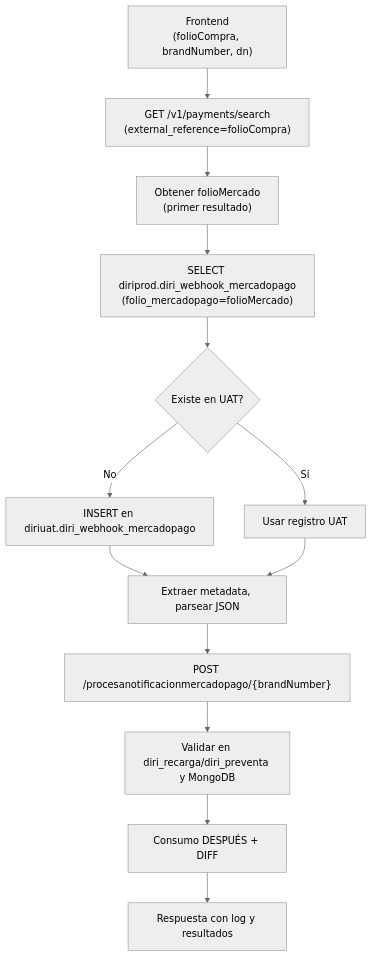
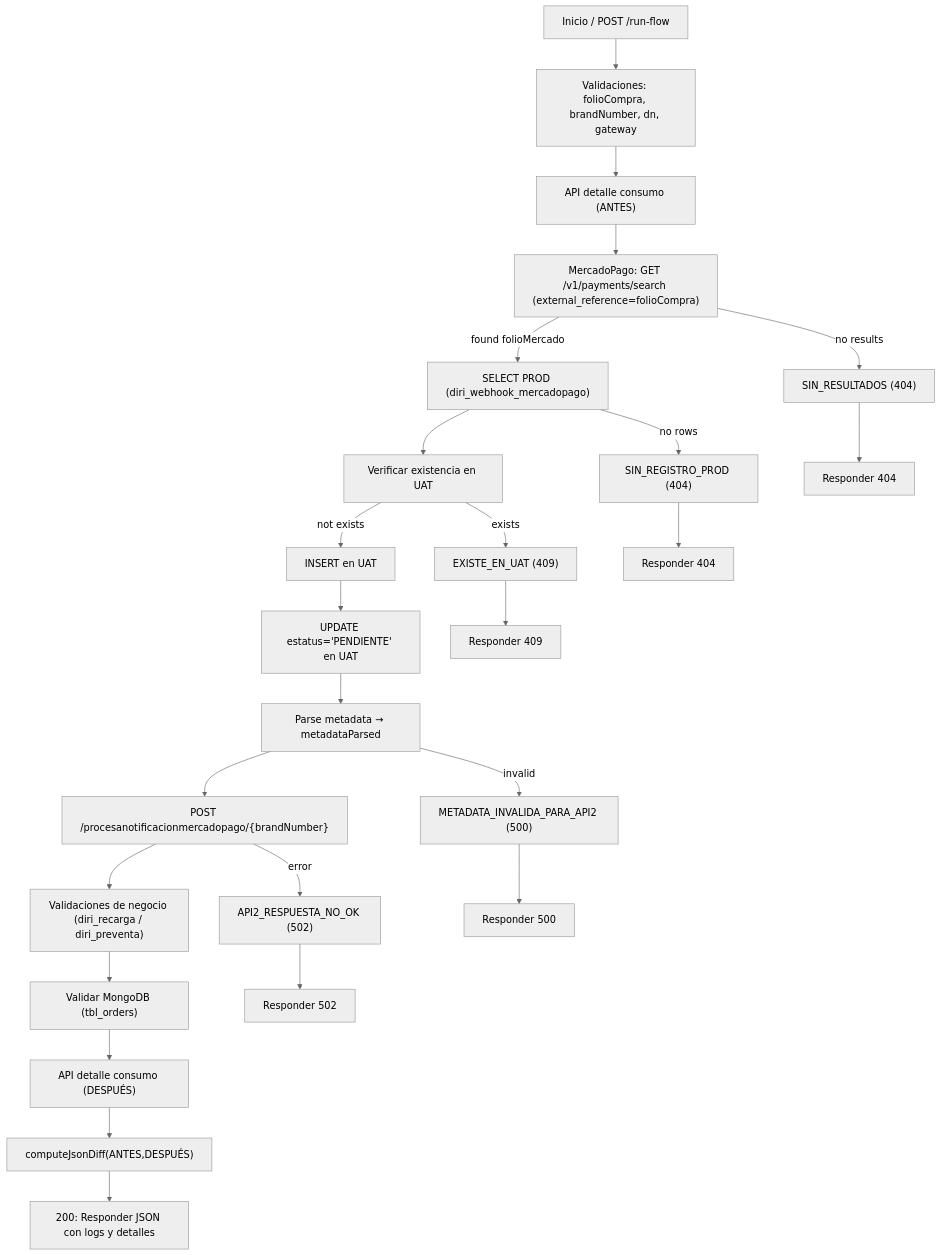
One commit to EdgarViOl/QA_Diri changed the first of 6 diagrams in README.md. Above: the diagram before and after it, drawn with Mermaid (neutral theme). The commit also changed other lines of this file and 7 other files, not shown here.

````diff
--- a/README.md
+++ b/README.md
@@ -78,15 +97,27 @@
 ```mermaid
 flowchart TD
-  A["Frontend<br/>(folioCompra, brandNumber, dn)"] --> B["GET /v1/payments/search<br/>(external_reference=folioCompra)"]
-  B --> C["Obtener folioMercado<br/>(primer resultado)"]
-  C --> D["SELECT diriprod.diri_webhook_mercadopago<br/>(folio_mercadopago=folioMercado)"]
-  D --> E{Existe en UAT?}
-  E -->|No| F["INSERT en diriuat.diri_webhook_mercadopago"]
-  E -->|Sí| G["Usar registro UAT"]
-  F --> H["Extraer metadata, parsear JSON"]
-  G --> H
-  H --> I["POST /procesanotificacionmercadopago/{brandNumber}"]
-  I --> J["Validar en diri_recarga/diri_preventa y MongoDB"]
-  J --> K["Consumo DESPUÉS + DIFF"]
-  K --> L["Respuesta con log y resultados"]
+  Start["Inicio / POST /run-flow"] --> Validaciones["Validaciones: folioCompra, brandNumber, dn, gateway"]
+  Validaciones --> ConsumoAntes["API detalle consumo (ANTES)"]
+  ConsumoAntes --> MPsearch["MercadoPago: GET /v1/payments/search (external_reference=folioCompra)"]
+  MPsearch -->|no results| NoResults["SIN_RESULTADOS (404)"]
+  MPsearch -->|found folioMercado| ConsultaProd["SELECT PROD (diri_webhook_mercadopago)"]
+  ConsultaProd -->|no rows| NoProd["SIN_REGISTRO_PROD (404)"]
+  ConsultaProd --> VerificarUat["Verificar existencia en UAT"]
+  VerificarUat -->|exists| ExisteUat["EXISTE_EN_UAT (409)"]
+  VerificarUat -->|not exists| InsertUat["INSERT en UAT"]
+  InsertUat --> UpdateUat["UPDATE estatus='PENDIENTE' en UAT"]
+  UpdateUat --> ParseMetadata["Parse metadata → metadataParsed"]
+  ParseMetadata -->|invalid| MetadataInvalid["METADATA_INVALIDA_PARA_API2 (500)"]
+  ParseMetadata --> CallAPI["POST /procesanotificacionmercadopago/{brandNumber}"]
+  CallAPI -->|error| ApiError["API2_RESPUESTA_NO_OK (502)"]
+  CallAPI --> ValidacionesNegocio["Validaciones de negocio (diri_recarga / diri_preventa)"]
+  ValidacionesNegocio --> MongoVal["Validar MongoDB (tbl_orders)"]
+  MongoVal --> ConsumoDespues["API detalle consumo (DESPUÉS)"]
+  ConsumoDespues --> ComputeDiff["computeJsonDiff(ANTES,DESPUÉS)"]
+  ComputeDiff --> Response["200: Responder JSON con logs y detalles"]
+  NoResults --> ResponseErr1["Responder 404"]
+  NoProd --> ResponseErr2["Responder 404"]
+  ExisteUat --> ResponseErr3["Responder 409"]
+  MetadataInvalid --> ResponseErr4["Responder 500"]
+  ApiError --> ResponseErr5["Responder 502"]
 ```
````
